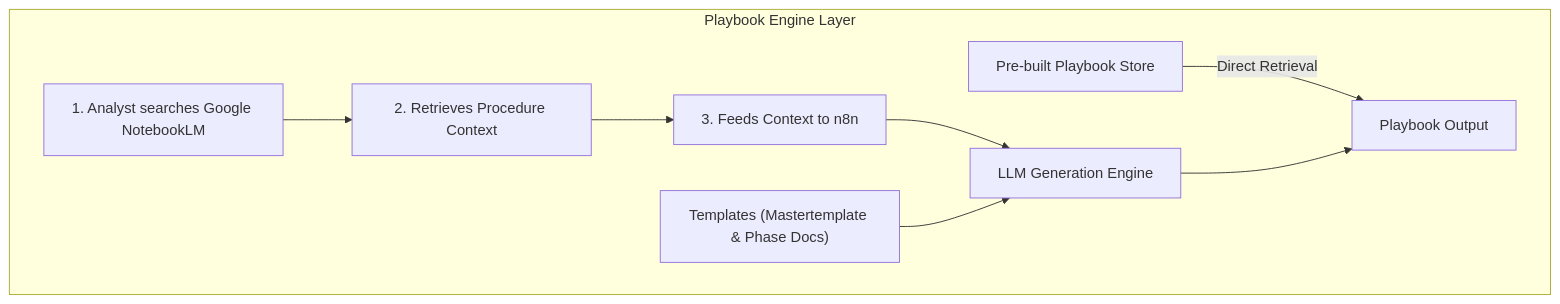
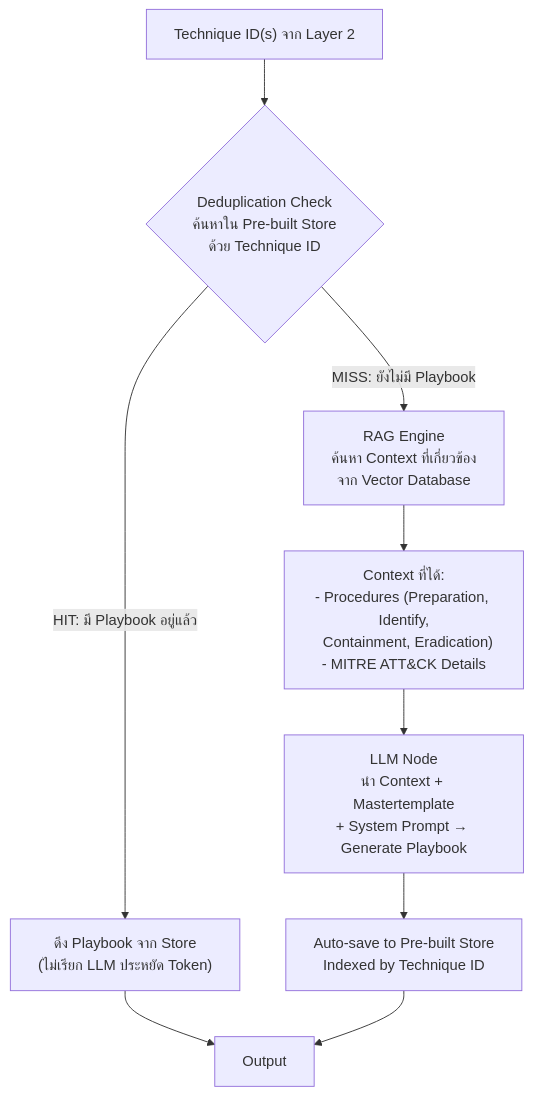
The fourth of 8 diagrams in architecture.md (Chaithawatcer/omnissiah-playbook-workflow), drawn with Mermaid before and after one commit. The commit also changed other lines of this file, not shown here.

Commit message:
Upgrade to Fully Automated Architecture with RAG, Vector DB, Deduplication, and Auto-save

````diff
--- a/architecture.md
+++ b/architecture.md
@@ -64,11 +71,15 @@
 ```mermaid
 graph TD
-    subgraph PlaybookEngine ["Playbook Engine Layer"]
-        search["1. Analyst searches Google NotebookLM"] --> get["2. Retrieves Procedure Context"]
-        get --> input["3. Feeds Context to n8n"]
-        input --> gen["LLM Generation Engine"]
-        templates["Templates (Mastertemplate & Phase Docs)"] --> gen
-        prebuilt["Pre-built Playbook Store"] -- "Direct Retrieval" --> output["Playbook Output"]
-        gen --> output
-    end
+    tid["Technique ID(s) จาก Layer 2"]
+
+    tid --> dedup{"Deduplication Check\nค้นหาใน Pre-built Store\nด้วย Technique ID"}
+
+    dedup -- "HIT: มี Playbook อยู่แล้ว" --> fetch["ดึง Playbook จาก Store\n(ไม่เรียก LLM ประหยัด Token)"]
+    fetch --> out["Output"]
+
+    dedup -- "MISS: ยังไม่มี Playbook" --> rag["RAG Engine\nค้นหา Context ที่เกี่ยวข้อง\nจาก Vector Database"]
+    rag --> ctx["Context ที่ได้:\n- Procedures (Preparation, Identify,\n  Containment, Eradication)\n- MITRE ATT&CK Details"]
+    ctx --> llm["LLM Node\nนำ Context + Mastertemplate\n+ System Prompt → Generate Playbook"]
+    llm --> save["Auto-save to Pre-built Store\nIndexed by Technique ID"]
+    save --> out
 ```
````
